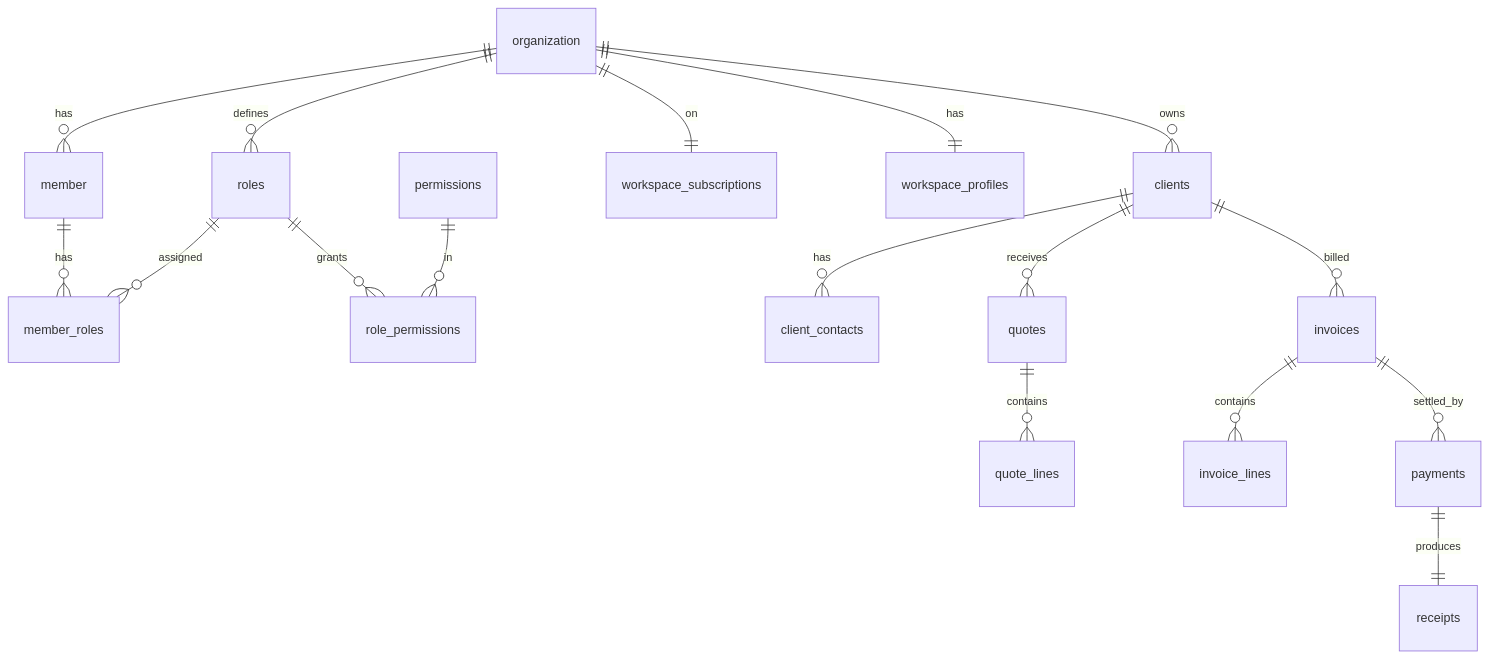
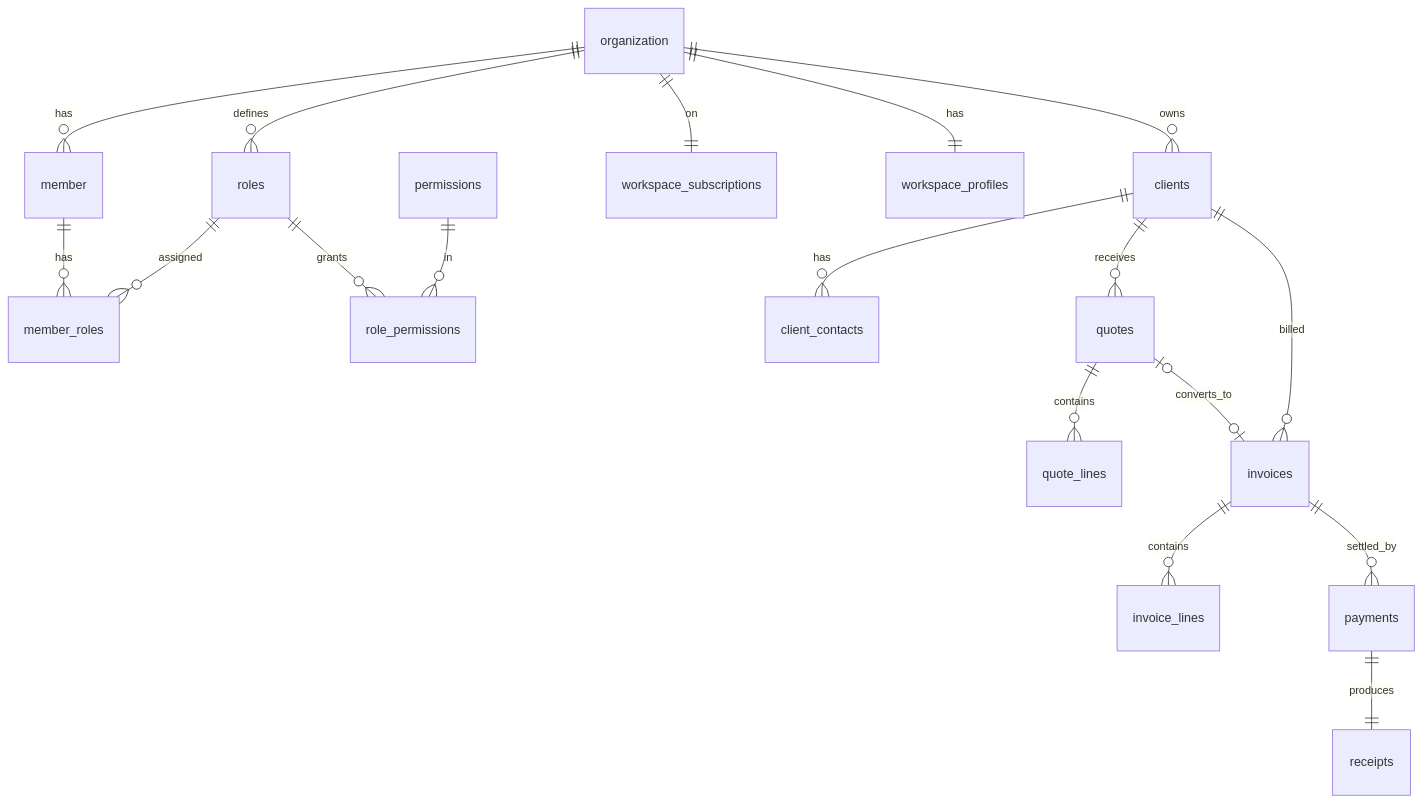
The diagram in docs/architecture/data-model.md (mixin27/billleaf), drawn with Mermaid before and after one commit. The commit also changed other lines of this file and 54 other files, not shown here.

````diff
--- a/docs/architecture/data-model.md
+++ b/docs/architecture/data-model.md
@@ -76,19 +87,20 @@
 ```mermaid
 erDiagram
   organization ||--o{ member : has
   member ||--o{ member_roles : has
   roles ||--o{ member_roles : assigned
   roles ||--o{ role_permissions : grants
   permissions ||--o{ role_permissions : in
   organization ||--o{ roles : defines
   organization ||--|| workspace_subscriptions : on
   organization ||--|| workspace_profiles : has
   organization ||--o{ clients : owns
   clients ||--o{ client_contacts : has
   clients ||--o{ quotes : receives
   quotes ||--o{ quote_lines : contains
   clients ||--o{ invoices : billed
+  quotes |o--o| invoices : converts_to
   invoices ||--o{ invoice_lines : contains
   invoices ||--o{ payments : settled_by
   payments ||--|| receipts : produces
 ```
````
